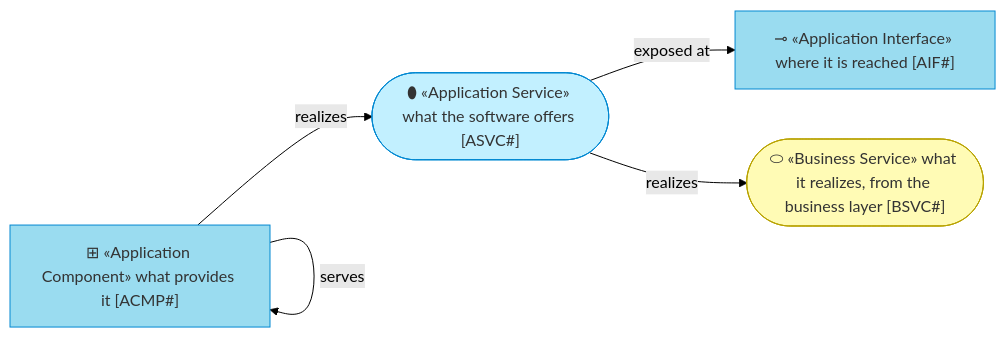
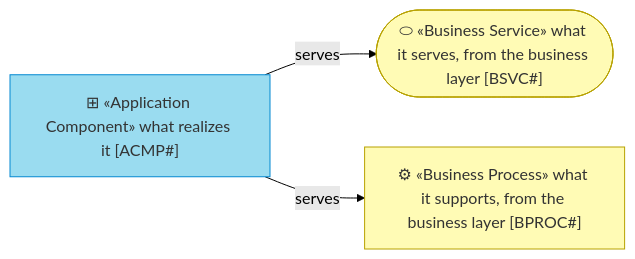
One commit to roanboc/archreator changed the first of 2 diagrams in plugins/archreator/assets/layers/4_application/README.md. Above: the diagram before and after it, drawn with Mermaid (forest theme). The commit also changed other lines of this file and 47 other files, not shown here.

````diff
--- a/plugins/archreator/assets/layers/4_application/README.md
+++ b/plugins/archreator/assets/layers/4_application/README.md
@@ -39,17 +34,13 @@
 ```mermaid
 flowchart LR
   %% legend
-  svc(["⬮ «Application Service» what the software offers [ASVC#]"]):::appservice
-  cmp["⊞ «Application Component» what provides it [ACMP#]"]:::application
-  aif["⊸ «Application Interface» where it is reached [AIF#]"]:::application
-  bsvc(["⬭ «Business Service» what it realizes, from the business layer [BSVC#]"]):::business
+  cmp["⊞ «Application Component» what realizes it [ACMP#]"]:::application
+  bsvc(["⬭ «Business Service» what it serves, from the business layer [BSVC#]"]):::business
+  bproc["⚙ «Business Process» what it supports, from the business layer [BPROC#]"]:::business
 
-  cmp -->|realizes| svc
-  svc -->|exposed at| aif
-  svc -->|realizes| bsvc
-  cmp -->|serves| cmp
+  cmp -->|serves| bsvc
+  cmp -->|serves| bproc
 
-  classDef appservice fill:#c2f0ff,stroke:#0288d1,color:#333
   classDef application fill:#9adcf0,stroke:#0288d1,color:#333
   classDef business fill:#fffbb5,stroke:#b8a200,color:#333
 ```
````
